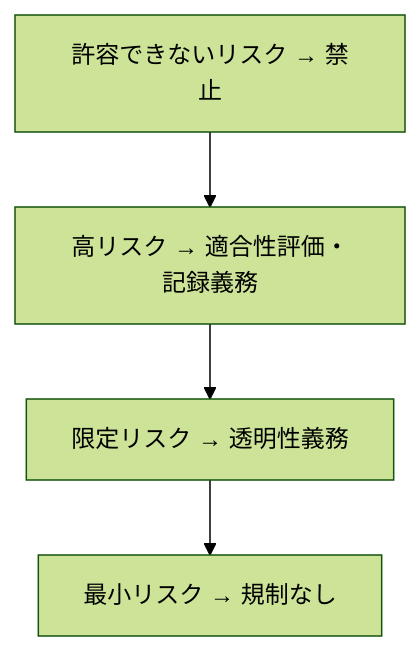
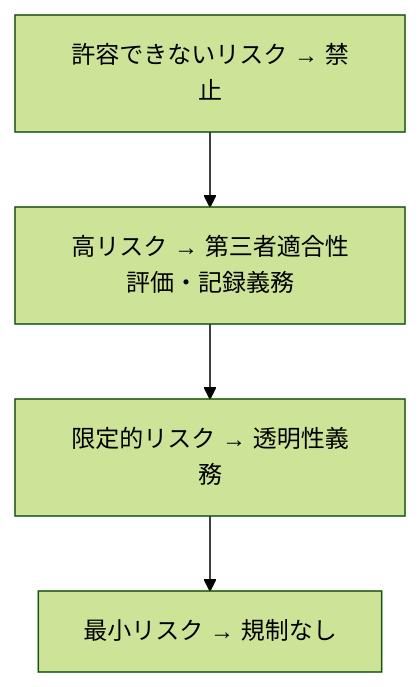
The second of 2 diagrams in content/notes/law-ethics.md (PlumaHatchery/llm-study), drawn with Mermaid (forest theme) before and after one commit. The commit also changed other lines of this file and 2 other files, not shown here.

````diff
--- a/content/notes/law-ethics.md
+++ b/content/notes/law-ethics.md
@@ -33,6 +48,6 @@
 ```mermaid
 flowchart TD
-  R1["許容できないリスク → 禁止"] --> R2["高リスク → 適合性評価・記録義務"]
-  R2 --> R3["限定リスク → 透明性義務"]
+  R1["許容できないリスク → 禁止"] --> R2["高リスク → 第三者適合性評価・記録義務"]
+  R2 --> R3["限定的リスク → 透明性義務"]
   R3 --> R4["最小リスク → 規制なし"]
 ```
````
